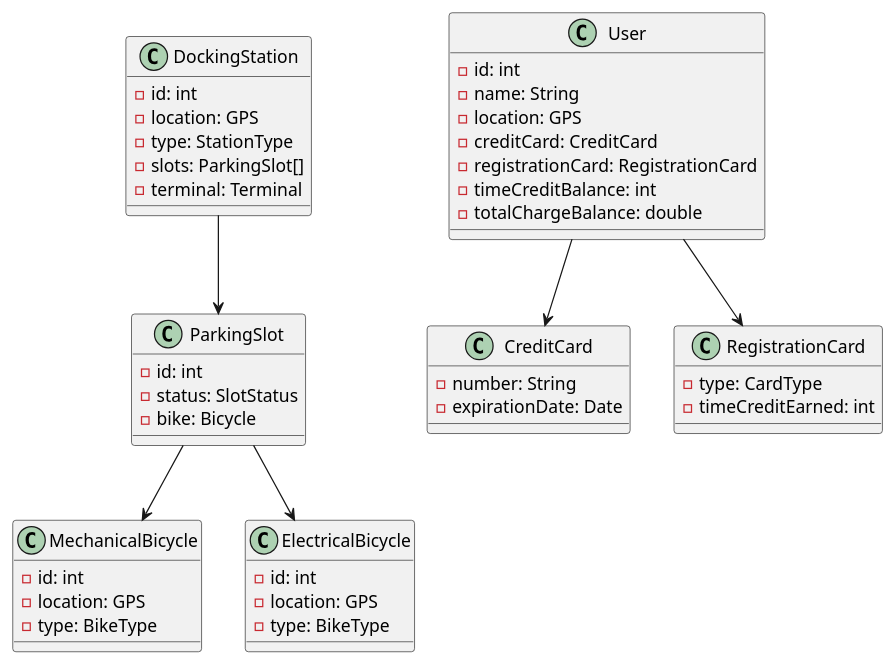
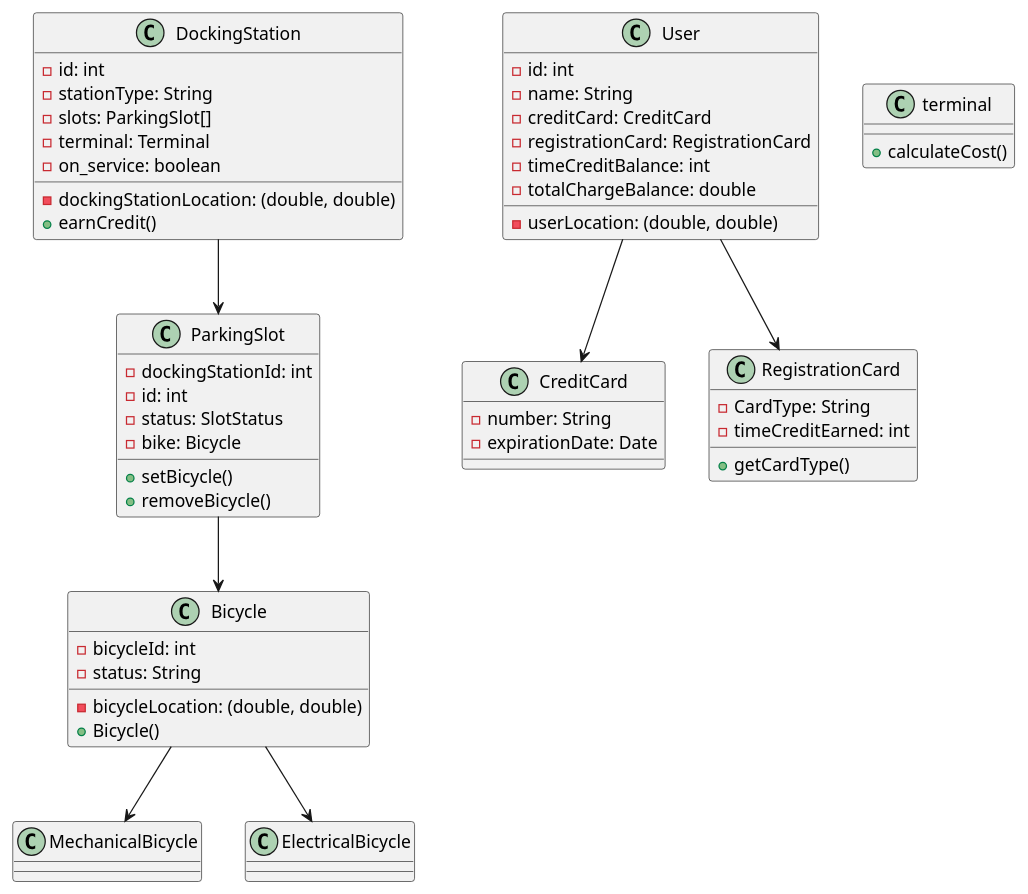
The diagram in src/main/java/fr/cs/GroupNN/myVelib/UML.puml (louislhotte/myVelib), drawn with PlantUML before and after one commit.

Commit message:
Update UML

```diff
--- a/src/main/java/fr/cs/GroupNN/myVelib/UML.puml
+++ b/src/main/java/fr/cs/GroupNN/myVelib/UML.puml
@@ -1,53 +1,67 @@
 @startuml
 class DockingStation {
     - id: int
-    - location: GPS
-    - type: StationType
+    - dockingStationLocation: (double, double)
+    - stationType: String
     - slots: ParkingSlot[]
     - terminal: Terminal
+    - on_service: boolean
+    + earnCredit()
 }
 
 class ParkingSlot {
+    - dockingStationId: int
     - id: int
     - status: SlotStatus
     - bike: Bicycle
+    + setBicycle()
+    + removeBicycle()
+}
+
+class Bicycle {
+    - bicycleId: int
+    - bicycleLocation: (double, double)
+    - status: String
+    + Bicycle()
 }
 
 class MechanicalBicycle {
-    - id: int
-    - location: GPS
-    - type: BikeType
+
 }
 
 class ElectricalBicycle {
-    - id: int
-    - location: GPS
-    - type: BikeType
+
 }
 
 class User {
     - id: int
     - name: String
-    - location: GPS
+    - userLocation: (double, double)
     - creditCard: CreditCard
     - registrationCard: RegistrationCard
     - timeCreditBalance: int
     - totalChargeBalance: double
 }
 
 class CreditCard {
     - number: String
     - expirationDate: Date
 }
 
 class RegistrationCard {
-    - type: CardType
+    - CardType: String
     - timeCreditEarned: int
+    + getCardType()
+}
+
+class terminal {
+    + calculateCost()
 }
 
 DockingStation --> ParkingSlot
-ParkingSlot --> MechanicalBicycle
-ParkingSlot --> ElectricalBicycle
+ParkingSlot --> Bicycle
+Bicycle --> MechanicalBicycle
+Bicycle --> ElectricalBicycle
 User --> CreditCard
 User --> RegistrationCard
 @enduml
```
